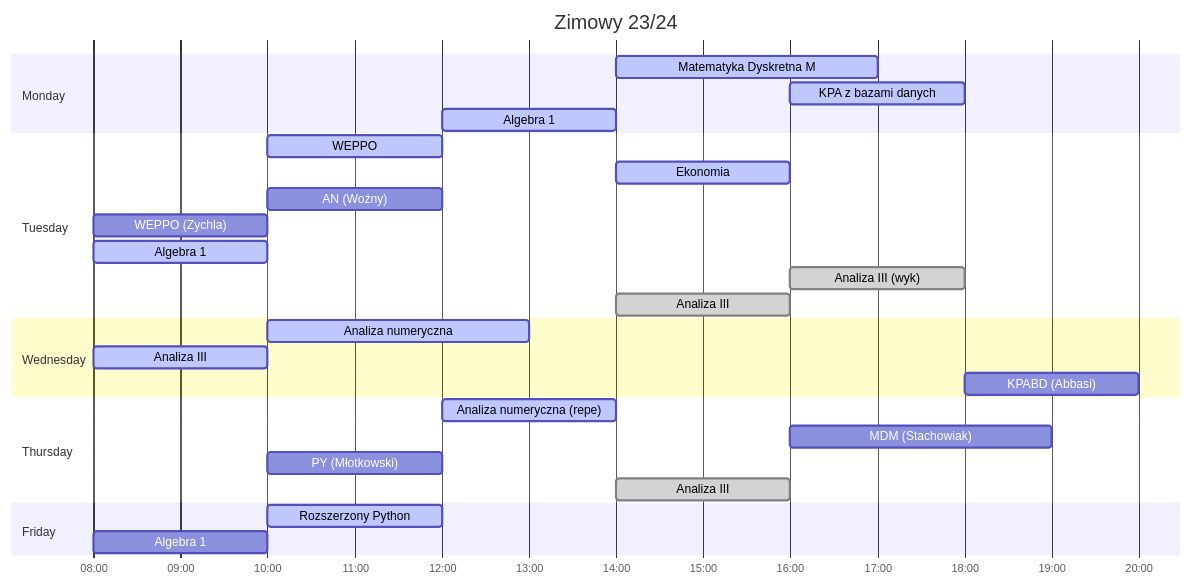
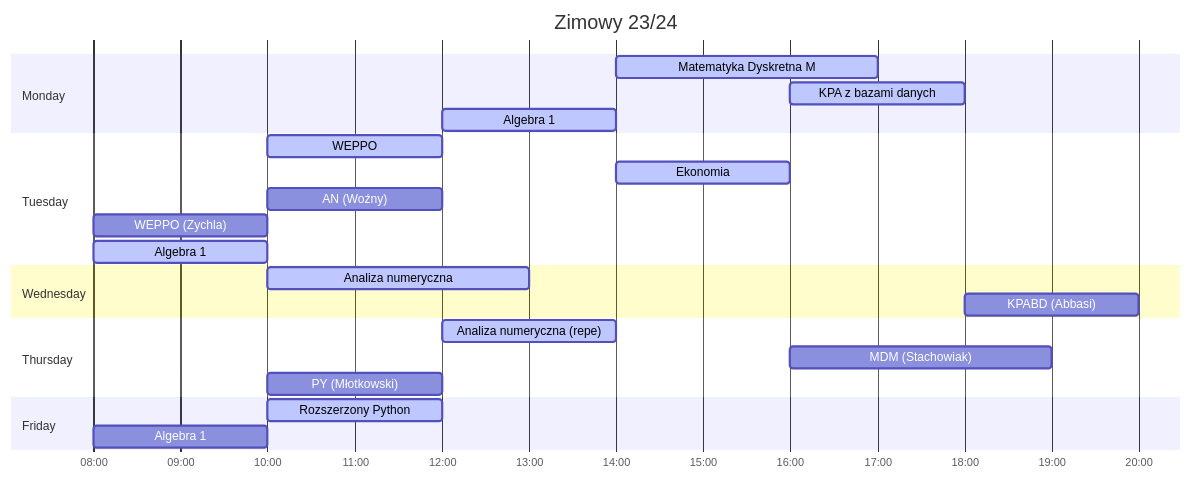
One commit to PatrykFlama/UWr changed the third of 3 diagrams in README.md. Above: the diagram before and after it, drawn with Mermaid. The commit also changed other lines of this file, not shown here.

````diff
--- a/README.md
+++ b/README.md
@@ -105,42 +105,37 @@
 ```mermaid
 gantt
     title Zimowy 23/24
     dateFormat HH
     axisFormat %H:%M
 
     section Monday
         Matematyka Dyskretna M          : active, 14, 17
         KPA z bazami danych             : active, 16, 18
 
         Algebra 1                       : active, 12, 14
 
     section Tuesday
         WEPPO                           : active, 10, 12
         Ekonomia                        : active, 14, 16
 
         AN (Woźny)                      : 10, 12
         WEPPO (Zychla)                  : 08, 10
 
         Algebra 1                       : active, 08, 10
-        Analiza III (wyk)               : done, 16, 18
-        Analiza III                     : done, 14, 16
 
     section Wednesday
         Analiza numeryczna              : active, 10, 13
-        Analiza III                     : active, done, 08, 10
 
         KPABD (Abbasi)                  : 18, 20
 
     section Thursday
         Analiza numeryczna (repe)       : active, 12, 14
 
         MDM (Stachowiak)              : 16, 19
         PY (Młotkowski)                 : 10, 12
 
-        Analiza III                     : done, 14, 16
-
     section Friday
         Rozszerzony Python              : active, 10, 12
 
         Algebra 1                       : 08, 10
 ```
````
